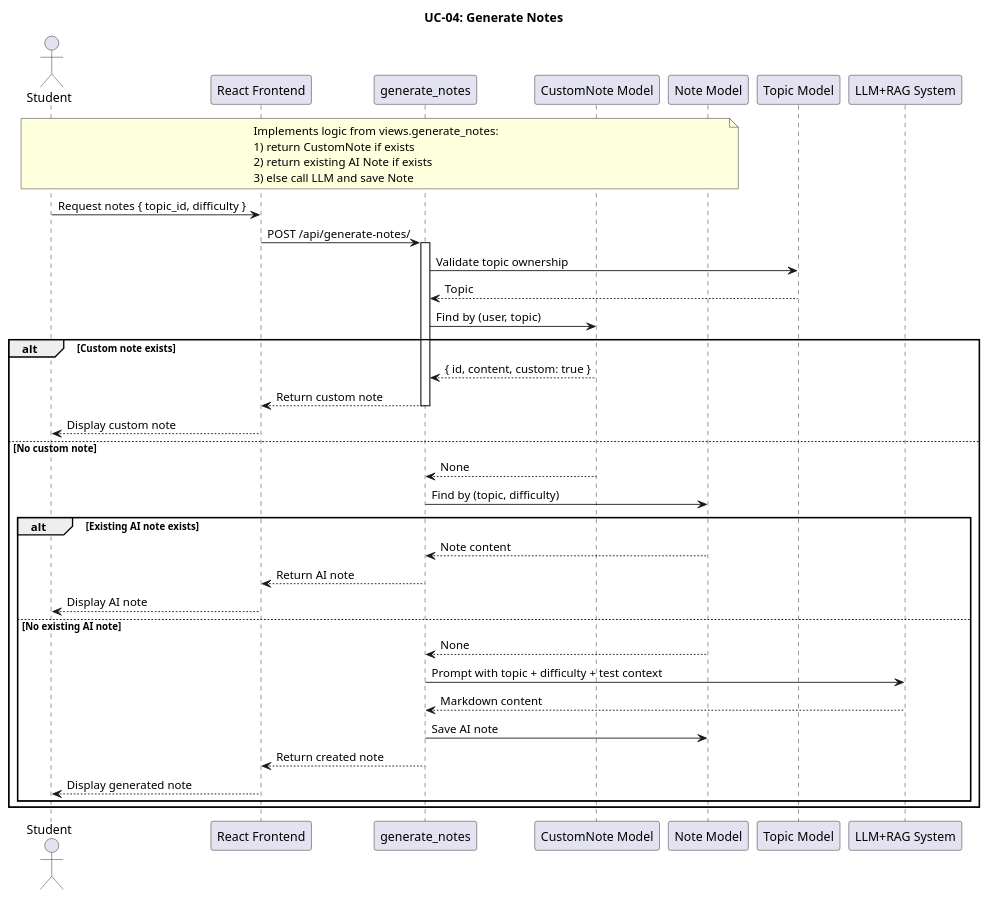
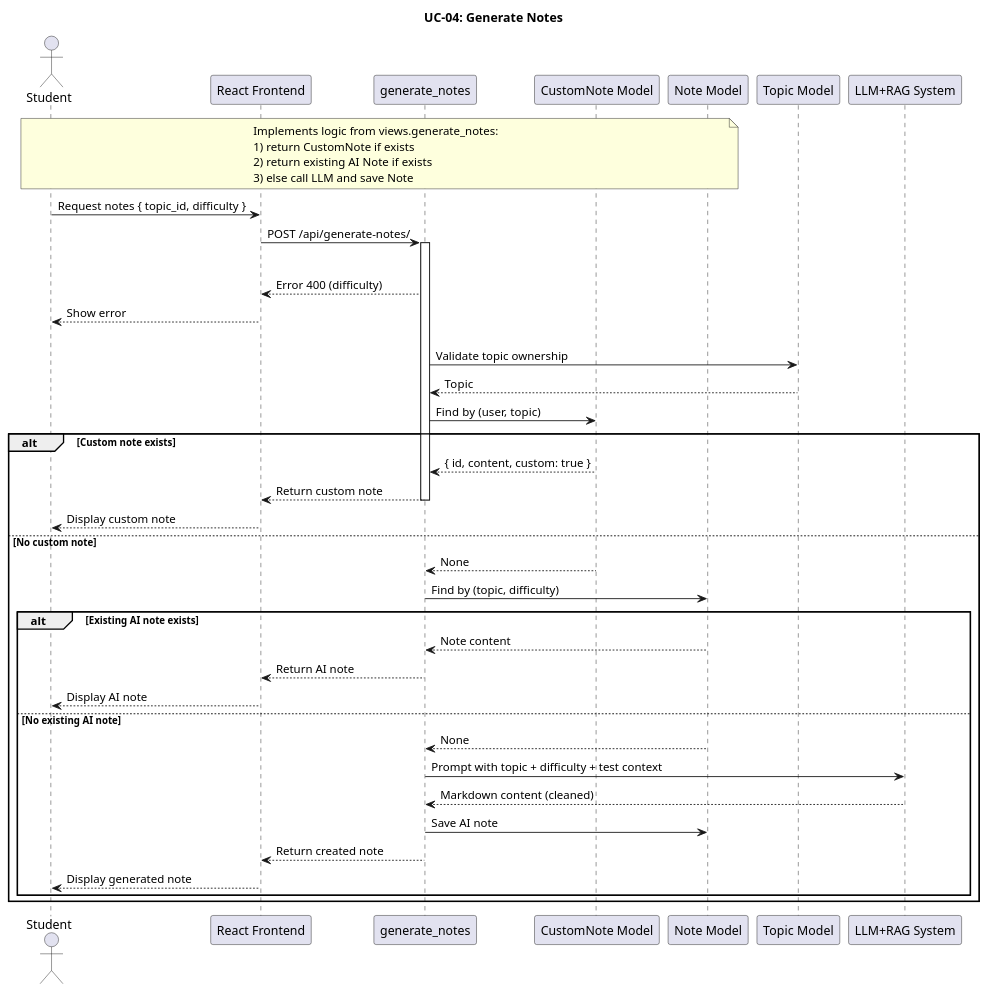
One commit to MMMustafakamran/SDs changed the diagram in planttext/uc04-generate-notes.puml. Above: the diagram before and after it, drawn with PlantUML. The commit also changed 18 other files, not shown here.

```diff
--- a/planttext/uc04-generate-notes.puml
+++ b/planttext/uc04-generate-notes.puml
@@ -1,64 +1,70 @@
 @startuml
 title UC-04: Generate Notes
 
 actor Student
 participant Frontend as "React Frontend"
 participant NotesAPI as "generate_notes"
 participant CustomNote as "CustomNote Model"
 participant Note as "Note Model"
 participant Topic as "Topic Model"
 participant LLM as "LLM+RAG System"
 
 note over Student, Note
 Implements logic from views.generate_notes:
 1) return CustomNote if exists
 2) return existing AI Note if exists
 3) else call LLM and save Note
 end note
 
 '======================
 ' Request notes for a topic
 '======================
 Student -> Frontend : Request notes { topic_id, difficulty }
 Frontend -> NotesAPI : POST /api/generate-notes/
 activate NotesAPI
-NotesAPI -> Topic : Validate topic ownership
-Topic --> NotesAPI : Topic
+
+alt Invalid difficulty
+    NotesAPI --> Frontend : Error 400 (difficulty)
+    Frontend --> Student : Show error
+else Valid difficulty
+    NotesAPI -> Topic : Validate topic ownership
+    Topic --> NotesAPI : Topic
 
 '======================
 ' Check custom note
 '======================
 NotesAPI -> CustomNote : Find by (user, topic)
 alt Custom note exists
     CustomNote --> NotesAPI : { id, content, custom: true }
     NotesAPI --> Frontend : Return custom note
     deactivate NotesAPI
     Frontend --> Student : Display custom note
 else No custom note
     CustomNote --> NotesAPI : None
 
     '======================
     ' Check existing AI note
     '======================
     NotesAPI -> Note : Find by (topic, difficulty)
     alt Existing AI note exists
         Note --> NotesAPI : Note content
         NotesAPI --> Frontend : Return AI note
         deactivate NotesAPI
         Frontend --> Student : Display AI note
     else No existing AI note
         Note --> NotesAPI : None
 
         '======================
         ' Generate via LLM
         '======================
         NotesAPI -> LLM : Prompt with topic + difficulty + test context
-        LLM --> NotesAPI : Markdown content
+        LLM --> NotesAPI : Markdown content (cleaned)
         NotesAPI -> Note : Save AI note
         NotesAPI --> Frontend : Return created note
         deactivate NotesAPI
         Frontend --> Student : Display generated note
     end
 end
 
+
 @enduml
```
